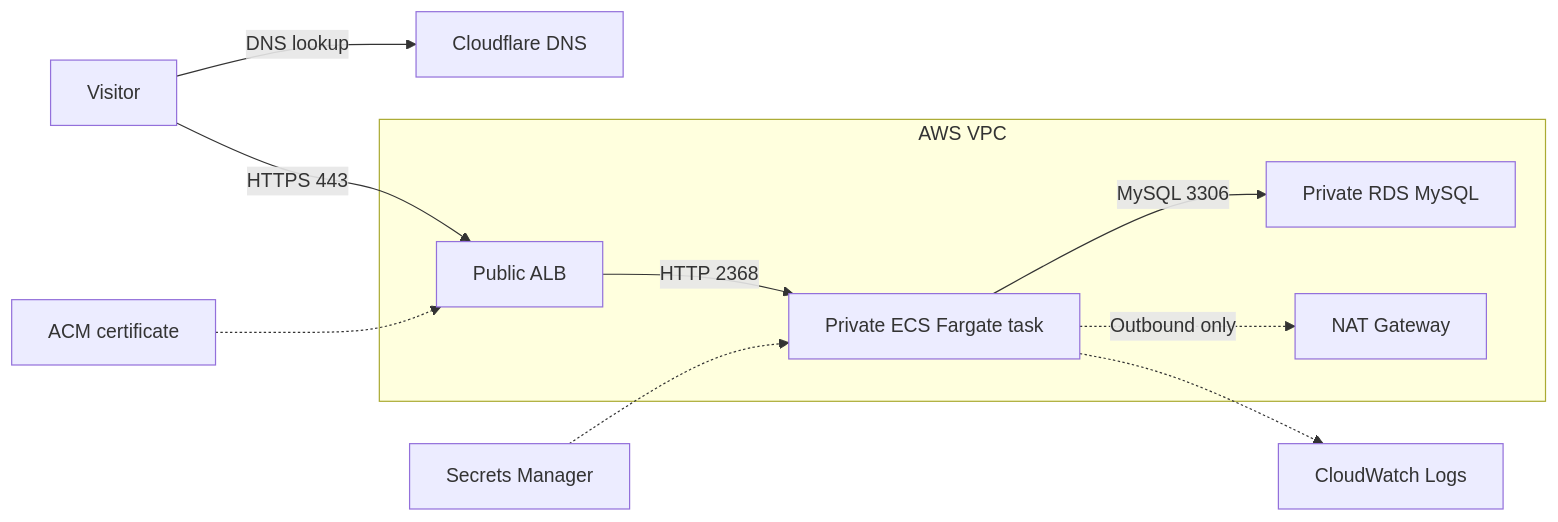
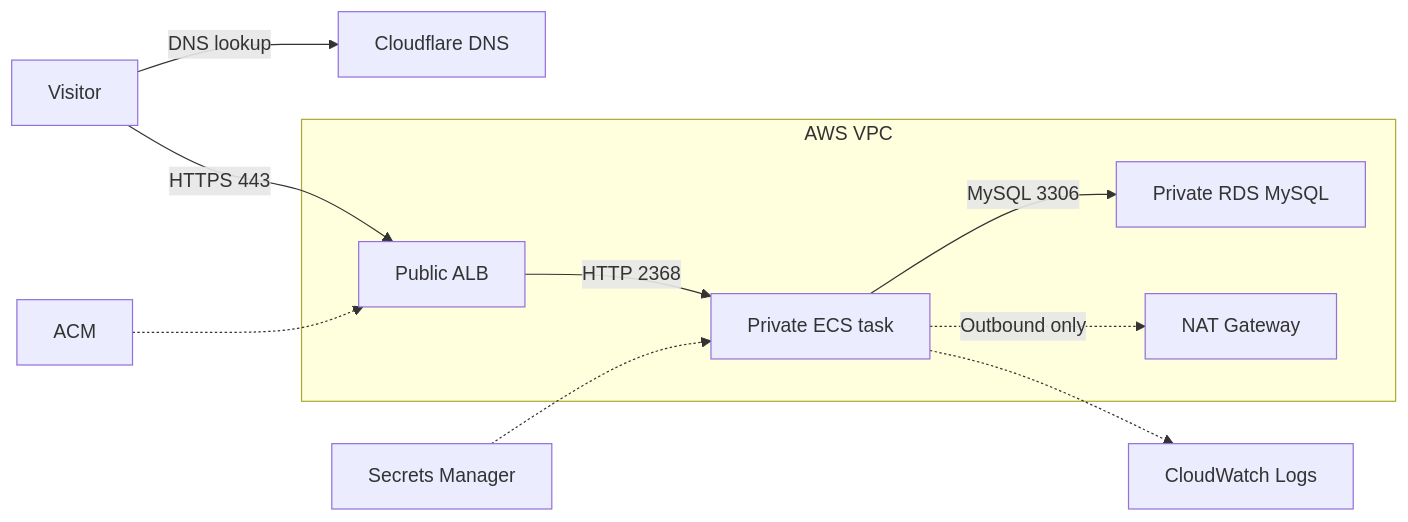
One commit to khaleeq-developer/ghost-production-aws changed the diagram in README.md. Above: the diagram before and after it, drawn with Mermaid. The commit also changed other lines of this file, not shown here.

````diff
--- a/README.md
+++ b/README.md
@@ -17,15 +9,15 @@
 ```mermaid
 flowchart LR
-    visitor[Visitor] -->|DNS lookup| cloudflare[Cloudflare DNS]
-    visitor -->|HTTPS 443| alb[Public ALB]
+    user[Visitor] -->|DNS lookup| dns[Cloudflare DNS]
+    user -->|HTTPS 443| alb[Public ALB]
 
     subgraph vpc[AWS VPC]
-        alb -->|HTTP 2368| ghost[Private ECS Fargate task]
+        alb -->|HTTP 2368| ghost[Private ECS task]
         ghost -->|MySQL 3306| rds[Private RDS MySQL]
         ghost -.->|Outbound only| nat[NAT Gateway]
     end
 
-    acm[ACM certificate] -.-> alb
+    acm[ACM] -.-> alb
     secrets[Secrets Manager] -.-> ghost
     ghost -.-> logs[CloudWatch Logs]
 ```
````
